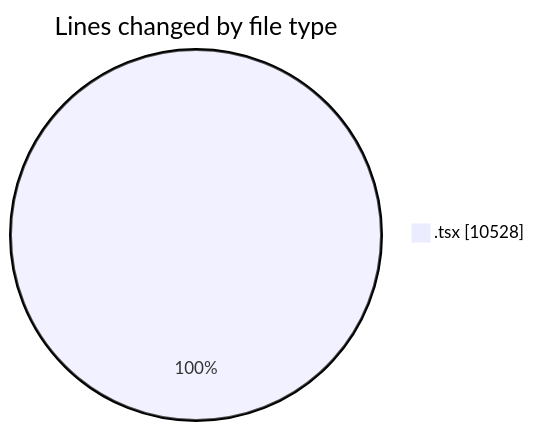
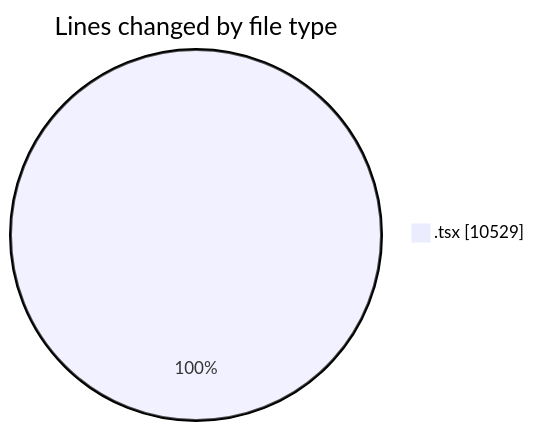
One commit to nxtqubesakshisongat/code-tracking changed the first of 2 diagrams in 2026-06-17/nxtqube_webapp/README.md. Above: the diagram before and after it, drawn with Mermaid. The commit also changed other lines of this file and 1 other file, not shown here.

````diff
--- a/2026-06-17/nxtqube_webapp/README.md
+++ b/2026-06-17/nxtqube_webapp/README.md
@@ -35,5 +35,5 @@
 ```mermaid
 pie showData
 title Lines changed by file type
-".tsx" : 10528
+".tsx" : 10529
 ```
````
